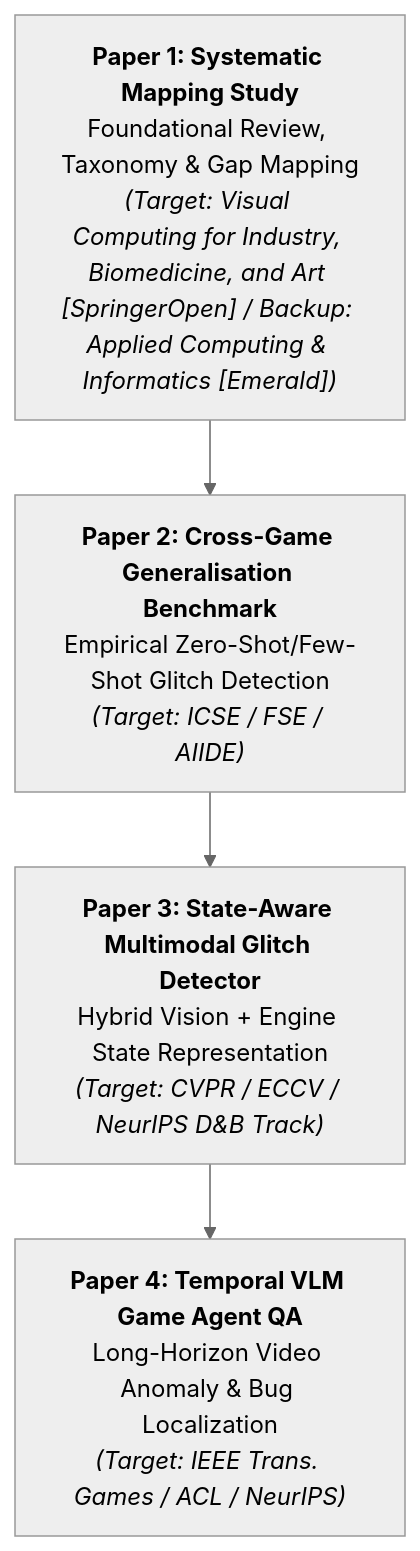
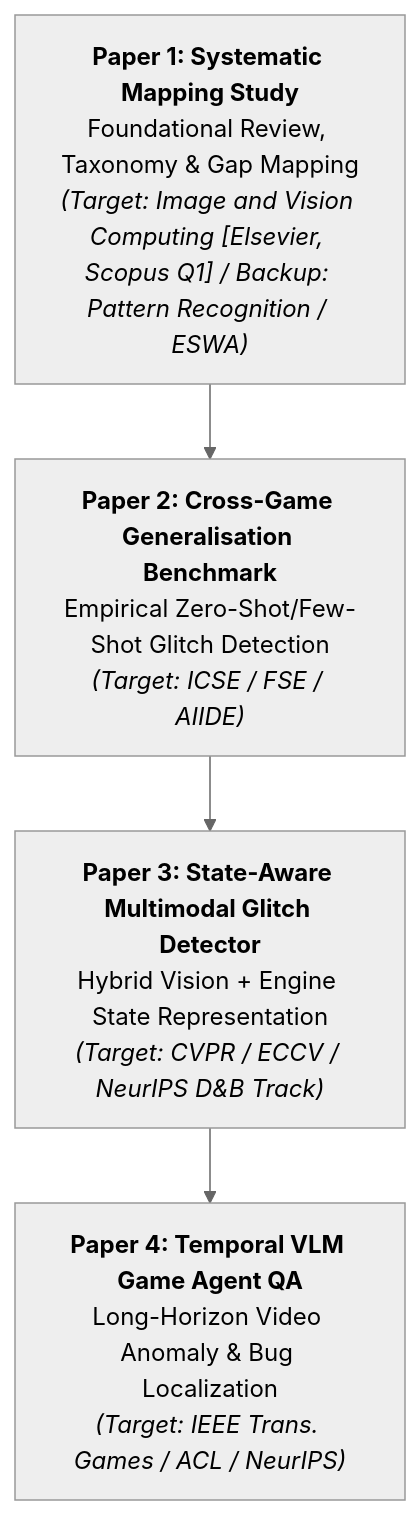
Before and after one commit to minhphuc477/game-visual-bug-detection: the diagram in ROADMAP.md, drawn with Mermaid (neutral theme). The commit also changed other lines of this file and 33 other files, not shown here.

Commit message:
chore(cleanup): remove redundant scripts, standardize on 7 Markdown skills in skills/, and integrate Figure 6 into 23-page IMAVIS manuscript

````diff
--- a/ROADMAP.md
+++ b/ROADMAP.md
@@ -6,11 +6,11 @@
 ```mermaid
 flowchart TD
-    P1["<b>Paper 1: Systematic Mapping Study</b><br/>Foundational Review, Taxonomy & Gap Mapping<br/><i>(Target: Visual Computing for Industry, Biomedicine, and Art [SpringerOpen] / Backup: Applied Computing & Informatics [Emerald])</i>"]
+    P1["<b>Paper 1: Systematic Mapping Study</b><br/>Foundational Review, Taxonomy & Gap Mapping<br/><i>(Target: Image and Vision Computing [Elsevier, Scopus Q1] / Backup: Pattern Recognition / ESWA)</i>"]
     P2["<b>Paper 2: Cross-Game Generalisation Benchmark</b><br/>Empirical Zero-Shot/Few-Shot Glitch Detection<br/><i>(Target: ICSE / FSE / AIIDE)</i>"]
     P3["<b>Paper 3: State-Aware Multimodal Glitch Detector</b><br/>Hybrid Vision + Engine State Representation<br/><i>(Target: CVPR / ECCV / NeurIPS D&B Track)</i>"]
     P4["<b>Paper 4: Temporal VLM Game Agent QA</b><br/>Long-Horizon Video Anomaly & Bug Localization<br/><i>(Target: IEEE Trans. Games / ACL / NeurIPS)</i>"]
 
     P1 --> P2
     P2 --> P3
     P3 --> P4
 ```
````
